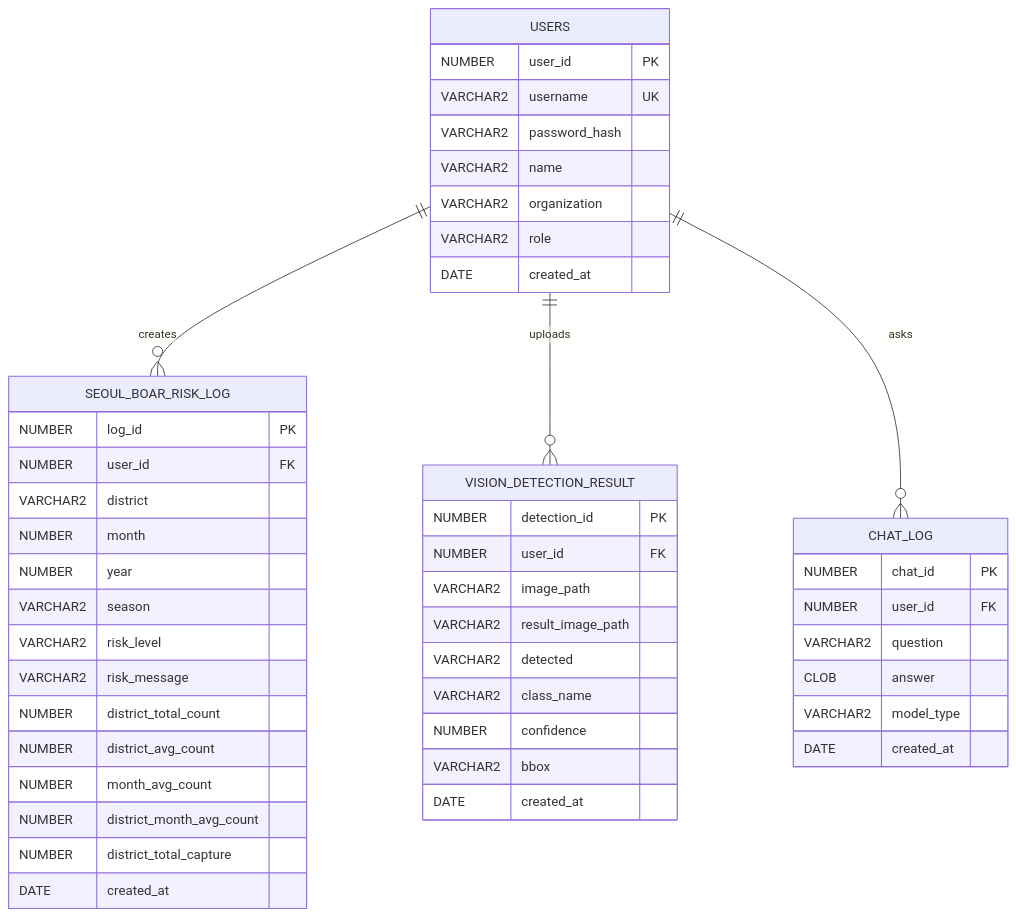
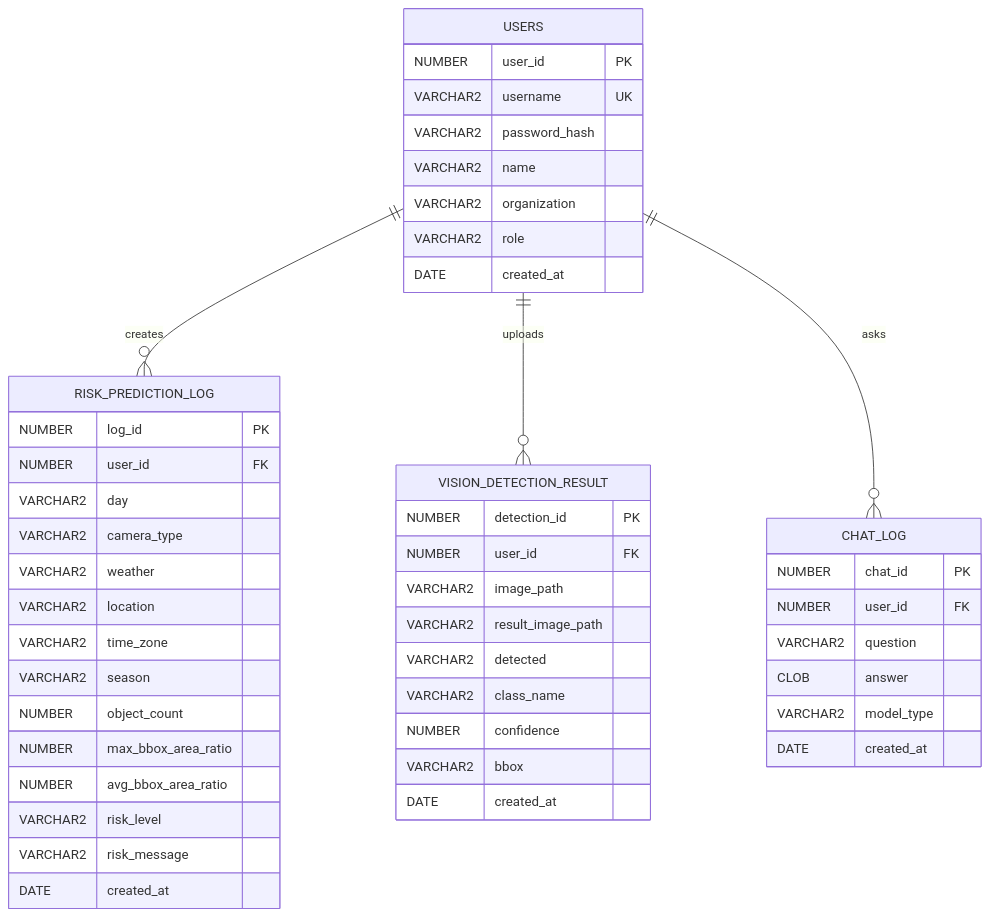
Before and after one commit to niabluelake/wildguard-ai: the diagram in docs/ERD.md, drawn with Mermaid. The commit also changed other lines of this file and 8 other files, not shown here.

````diff
--- a/docs/ERD.md
+++ b/docs/ERD.md
@@ -13,54 +8,54 @@
 ```mermaid
 erDiagram
-    USERS ||--o{ SEOUL_BOAR_RISK_LOG : creates
+    USERS ||--o{ RISK_PREDICTION_LOG : creates
     USERS ||--o{ VISION_DETECTION_RESULT : uploads
     USERS ||--o{ CHAT_LOG : asks
 
     USERS {
         NUMBER user_id PK
         VARCHAR2 username UK
         VARCHAR2 password_hash
         VARCHAR2 name
         VARCHAR2 organization
         VARCHAR2 role
         DATE created_at
     }
 
-    SEOUL_BOAR_RISK_LOG {
+    RISK_PREDICTION_LOG {
         NUMBER log_id PK
         NUMBER user_id FK
-        VARCHAR2 district
-        NUMBER month
-        NUMBER year
+        VARCHAR2 day
+        VARCHAR2 camera_type
+        VARCHAR2 weather
+        VARCHAR2 location
+        VARCHAR2 time_zone
         VARCHAR2 season
+        NUMBER object_count
+        NUMBER max_bbox_area_ratio
+        NUMBER avg_bbox_area_ratio
         VARCHAR2 risk_level
         VARCHAR2 risk_message
-        NUMBER district_total_count
-        NUMBER district_avg_count
-        NUMBER month_avg_count
-        NUMBER district_month_avg_count
-        NUMBER district_total_capture
         DATE created_at
     }
 
     VISION_DETECTION_RESULT {
         NUMBER detection_id PK
         NUMBER user_id FK
         VARCHAR2 image_path
         VARCHAR2 result_image_path
         VARCHAR2 detected
         VARCHAR2 class_name
         NUMBER confidence
         VARCHAR2 bbox
         DATE created_at
     }
 
     CHAT_LOG {
         NUMBER chat_id PK
         NUMBER user_id FK
         VARCHAR2 question
         CLOB answer
         VARCHAR2 model_type
         DATE created_at
     }
 ```
````
